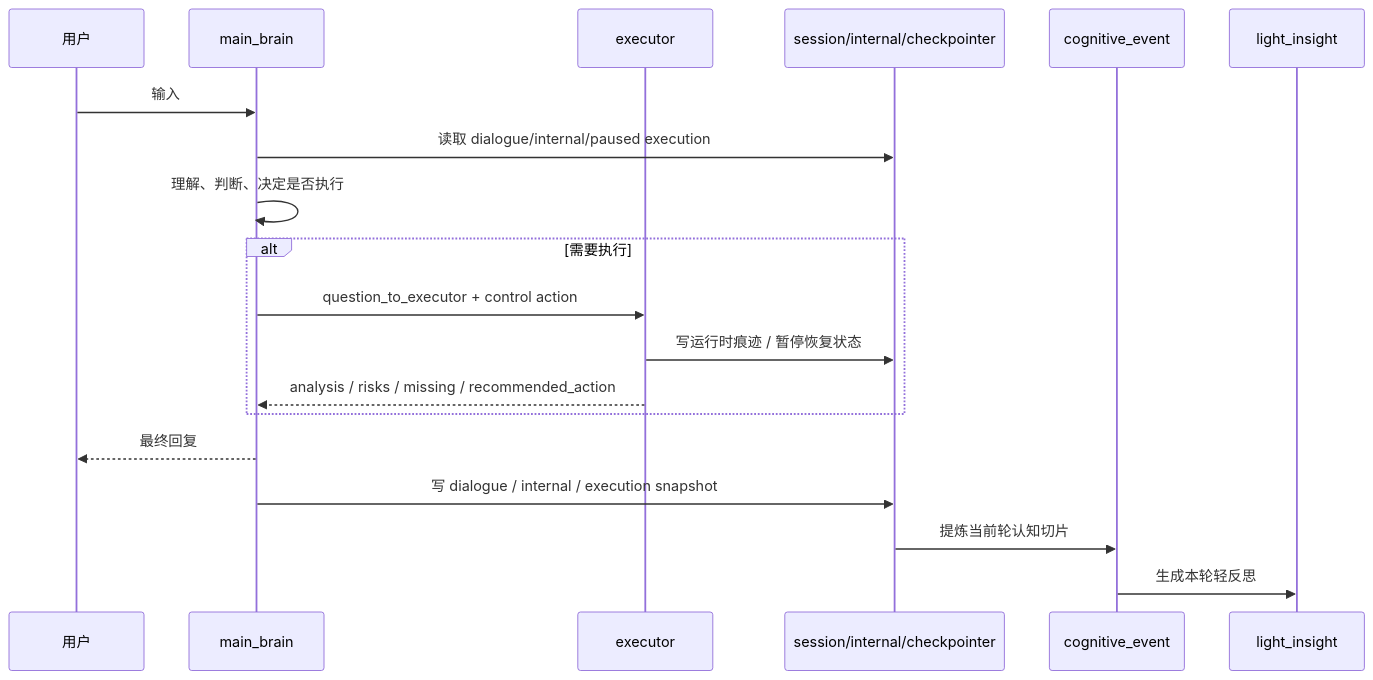
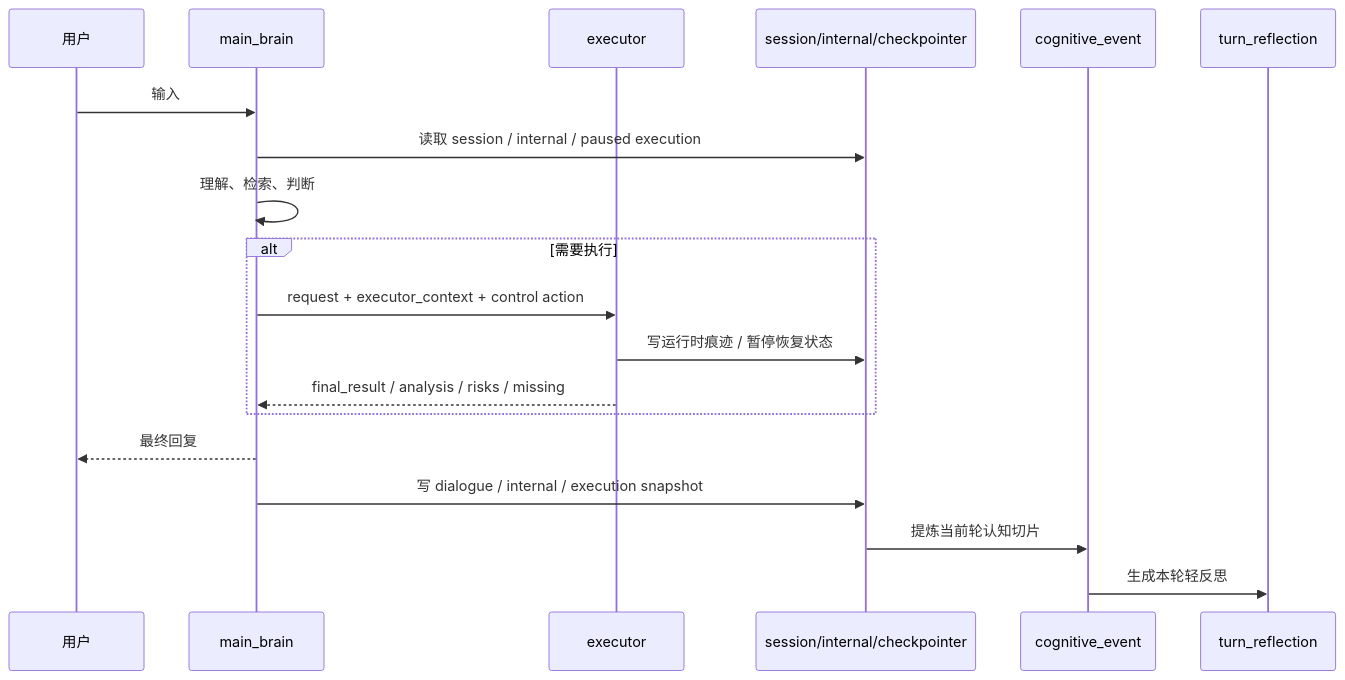
The second of 2 diagrams in docs/ARCHITECTURE.zh-CN.md (go-hare/emoticorebot), drawn with Mermaid before and after one commit. The commit also changed other lines of this file and 25 other files, not shown here.

````diff
--- a/docs/ARCHITECTURE.zh-CN.md
+++ b/docs/ARCHITECTURE.zh-CN.md
@@ -315,22 +391,22 @@
 ```mermaid
 sequenceDiagram
     participant U as 用户
     participant MB as main_brain
     participant EX as executor
     participant RT as session/internal/checkpointer
     participant CE as cognitive_event
-    participant LI as light_insight
+    participant TR as turn_reflection
 
     U->>MB: 输入
-    MB->>RT: 读取 dialogue/internal/paused execution
-    MB->>MB: 理解、判断、决定是否执行
+    MB->>RT: 读取 session / internal / paused execution
+    MB->>MB: 理解、检索、判断
     alt 需要执行
-        MB->>EX: question_to_executor + control action
+        MB->>EX: request + executor_context + control action
         EX->>RT: 写运行时痕迹 / 暂停恢复状态
-        EX-->>MB: analysis / risks / missing / recommended_action
+        EX-->>MB: final_result / analysis / risks / missing
     end
     MB-->>U: 最终回复
     MB->>RT: 写 dialogue / internal / execution snapshot
     RT->>CE: 提炼当前轮认知切片
-    CE->>LI: 生成本轮轻反思
+    CE->>TR: 生成本轮轻反思
 ```
````
